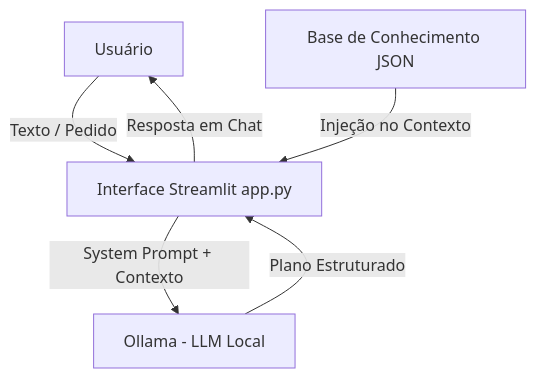
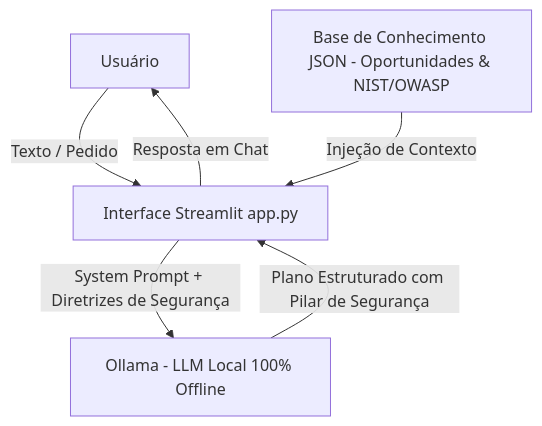
The diagram in docs/01-documentacao-agente.md (NizaoSilva/dio-lab-bia-do-futuro), drawn with Mermaid before and after one commit. The commit also changed other lines of this file and 7 other files, not shown here.

````diff
--- a/docs/01-documentacao-agente.md
+++ b/docs/01-documentacao-agente.md
@@ -17,8 +18,8 @@
 ```mermaid
 flowchart TD
     A[Usuário] -->|Texto / Pedido| B[Interface Streamlit app.py]
-    B -->|System Prompt + Contexto| C[Ollama - LLM Local]
-    D[Base de Conhecimento JSON] -->|Injeção no Contexto| B
-    C -->|Plano Estruturado| B
+    B -->|System Prompt + Diretrizes de Segurança| C[Ollama - LLM Local 100% Offline]
+    D[Base de Conhecimento JSON - Oportunidades & NIST/OWASP] -->|Injeção de Contexto| B
+    C -->|Plano Estruturado com Pilar de Segurança| B
     B -->|Resposta em Chat| A
 ```
````
